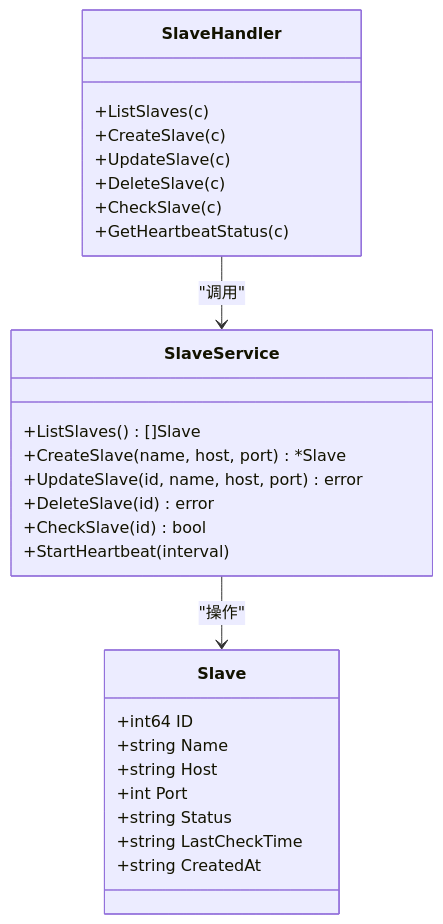
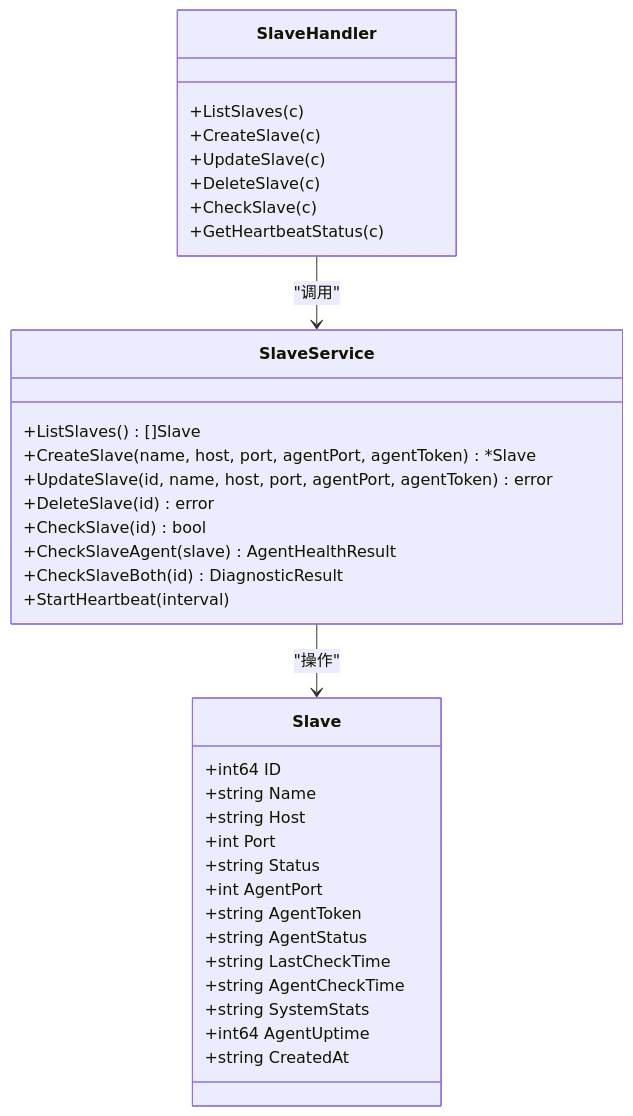
Before and after one commit to Liyuhao02/Jmeter-Admin: the second of 10 diagrams in .qoder/repowiki/zh/content/核心业务模块/Slave节点管理系统/Slave节点生命周期管理.md, drawn with Mermaid. The commit also changed other lines of this file and 34 other files, not shown here.

````diff
--- a/.qoder/repowiki/zh/content/核心业务模块/Slave节点管理系统/Slave节点生命周期管理.md
+++ b/.qoder/repowiki/zh/content/核心业务模块/Slave节点管理系统/Slave节点生命周期管理.md
@@ -85,30 +96,38 @@
 ```mermaid
 classDiagram
 class Slave {
 +int64 ID
 +string Name
 +string Host
 +int Port
 +string Status
++int AgentPort
++string AgentToken
++string AgentStatus
 +string LastCheckTime
++string AgentCheckTime
++string SystemStats
++int64 AgentUptime
 +string CreatedAt
 }
 class SlaveService {
 +ListSlaves() []Slave
-+CreateSlave(name, host, port) *Slave
-+UpdateSlave(id, name, host, port) error
++CreateSlave(name, host, port, agentPort, agentToken) *Slave
++UpdateSlave(id, name, host, port, agentPort, agentToken) error
 +DeleteSlave(id) error
 +CheckSlave(id) bool
++CheckSlaveAgent(slave) AgentHealthResult
++CheckSlaveBoth(id) DiagnosticResult
 +StartHeartbeat(interval)
 }
 class SlaveHandler {
 +ListSlaves(c)
 +CreateSlave(c)
 +UpdateSlave(c)
 +DeleteSlave(c)
 +CheckSlave(c)
 +GetHeartbeatStatus(c)
 }
 SlaveService --> Slave : "操作"
 SlaveHandler --> SlaveService : "调用"
 ```
````
